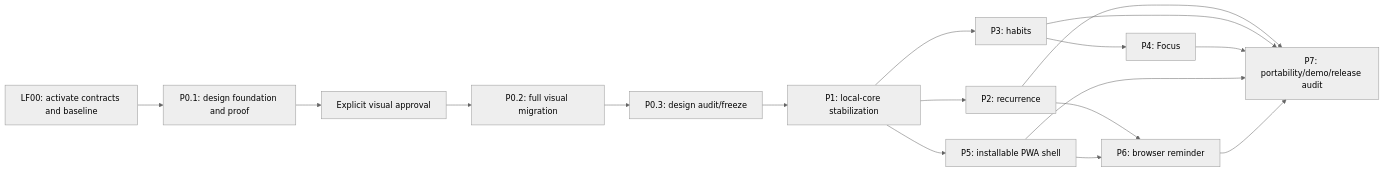
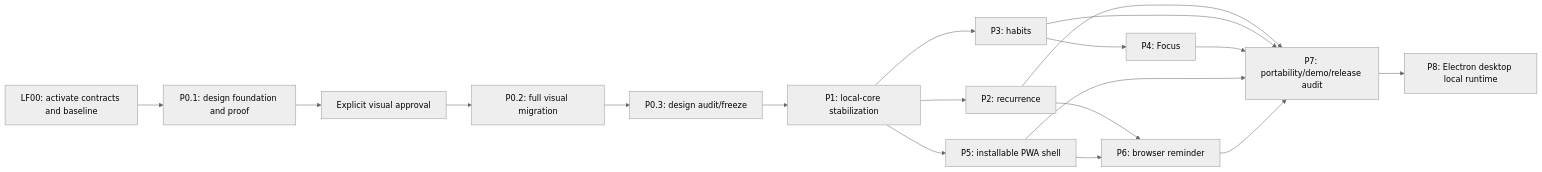
The diagram in docs/IMPLEMENTATION_PLAN.md (felixfirefighter/opentask), drawn with Mermaid (neutral theme) before and after one commit. The commit also changed other lines of this file and 39 other files, not shown here.

````diff
--- a/docs/IMPLEMENTATION_PLAN.md
+++ b/docs/IMPLEMENTATION_PLAN.md
@@ -27,19 +27,20 @@
 ```mermaid
 flowchart LR
     LF00["LF00: activate contracts and baseline"] --> P0A["P0.1: design foundation and proof"]
     P0A --> APPROVAL["Explicit visual approval"]
     APPROVAL --> P0B["P0.2: full visual migration"]
     P0B --> P0C["P0.3: design audit/freeze"]
     P0C --> P1["P1: local-core stabilization"]
     P1 --> P2["P2: recurrence"]
     P1 --> P3["P3: habits"]
     P1 --> P5["P5: installable PWA shell"]
     P3 --> P4["P4: Focus"]
     P2 --> P6["P6: browser reminder"]
     P5 --> P6
     P2 --> P7["P7: portability/demo/release audit"]
     P3 --> P7
     P4 --> P7
     P5 --> P7
     P6 --> P7
+    P7 --> P8["P8: Electron desktop local runtime"]
 ```
````
